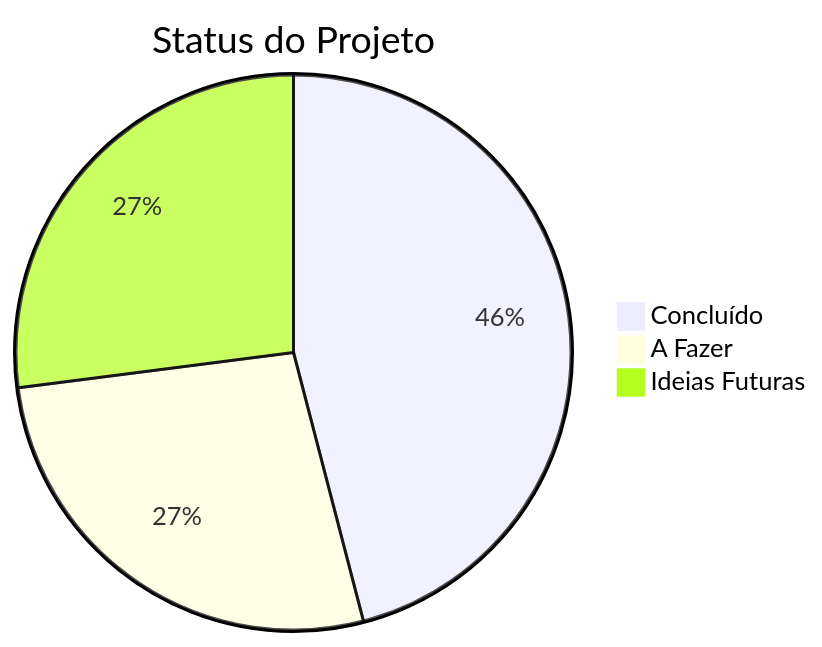
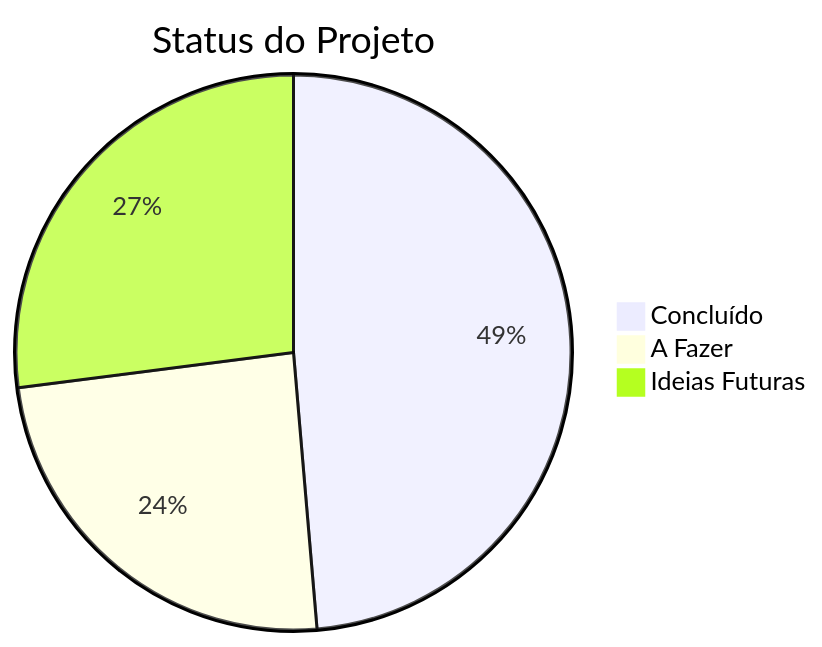
Before and after one commit to crfvasconcellos/ControleFinanceiroWeb: the second of 2 diagrams in Projeto/Fluxo.md, drawn with Mermaid. The commit also changed other lines of this file and 7 other files, not shown here.

````diff
--- a/Projeto/Fluxo.md
+++ b/Projeto/Fluxo.md
@@ -147,6 +147,6 @@
 ```mermaid
 pie title Status do Projeto
-    "Concluído" : 17
-    "A Fazer" : 10
+    "Concluído" : 18
+    "A Fazer" : 9
     "Ideias Futuras" : 10
 ```
````
